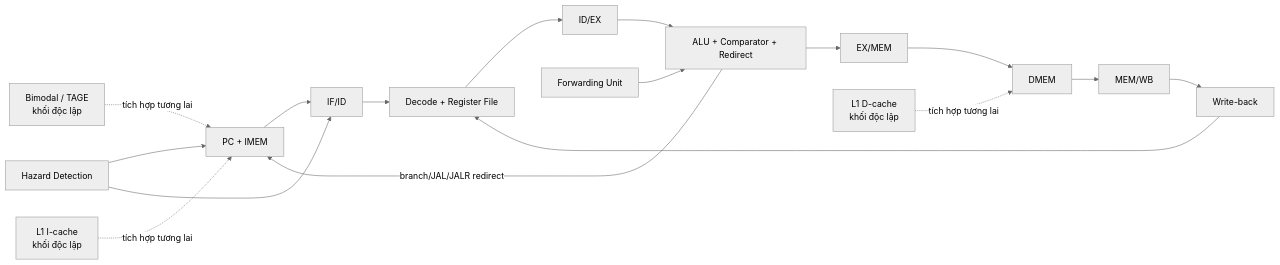
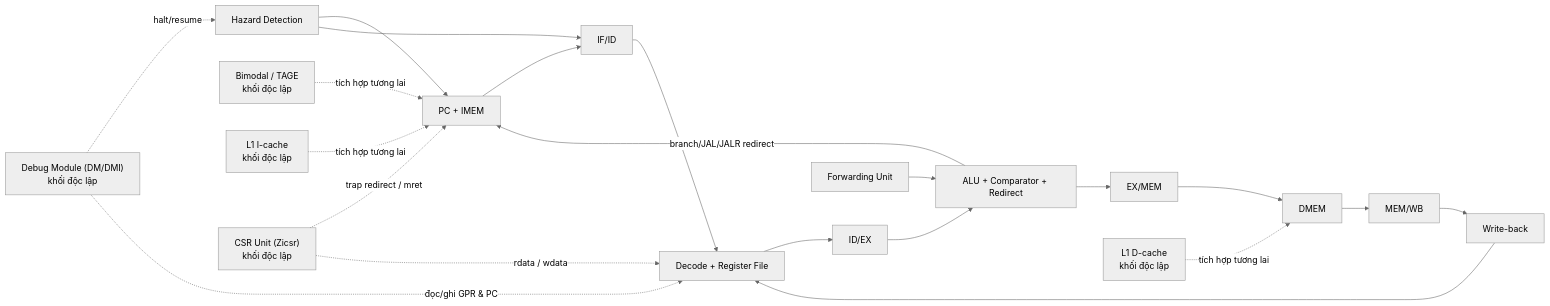
One commit to TranNguyenAnhKhoa/RISCV32I changed the diagram in README.md. Above: the diagram before and after it, drawn with Mermaid (neutral theme). The commit also changed other lines of this file and 25 other files, not shown here.

````diff
--- a/README.md
+++ b/README.md
@@ -54,21 +58,25 @@
 ```mermaid
 flowchart LR
     PC["PC + IMEM"] --> IFID["IF/ID"]
     IFID --> ID["Decode + Register File"]
     ID --> IDEX["ID/EX"]
     IDEX --> EX["ALU + Comparator + Redirect"]
     EX --> EXMEM["EX/MEM"]
     EXMEM --> MEM["DMEM"]
     MEM --> MEMWB["MEM/WB"]
     MEMWB --> WB["Write-back"]
     WB --> ID
 
     HAZARD["Hazard Detection"] --> PC
     HAZARD --> IFID
     FORWARD["Forwarding Unit"] --> EX
     EX -->|"branch/JAL/JALR redirect"| PC
 
     BP["Bimodal / TAGE\nkhối độc lập"] -. "tích hợp tương lai" .-> PC
     ICACHE["L1 I-cache\nkhối độc lập"] -. "tích hợp tương lai" .-> PC
     DCACHE["L1 D-cache\nkhối độc lập"] -. "tích hợp tương lai" .-> MEM
+    DM["Debug Module (DM/DMI)\nkhối độc lập"] -. "halt/resume" .-> HAZARD
+    DM -. "đọc/ghi GPR & PC" .-> ID
+    CSR["CSR Unit (Zicsr)\nkhối độc lập"] -. "trap redirect / mret" .-> PC
+    CSR -. "rdata / wdata" .-> ID
 ```
````
